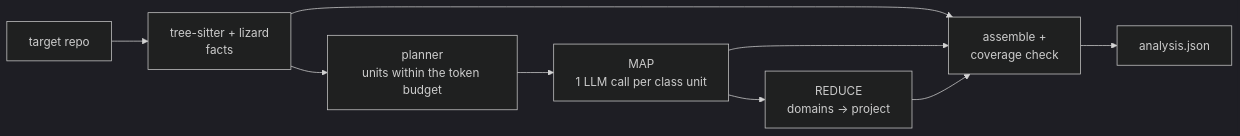
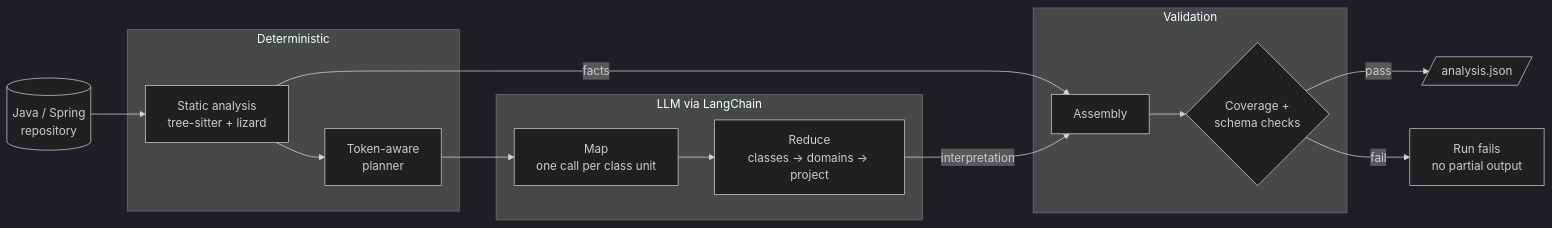
Before and after one commit to Madhav-29/Codebase-Analysis-using-LLM: the diagram in README.md, drawn with Mermaid (dark theme). The commit also changed other lines of this file, not shown here.

````diff
--- a/README.md
+++ b/README.md
@@ -53,9 +62,23 @@
 ```mermaid
 flowchart LR
-    R[target repo] --> P[tree-sitter + lizard<br/>facts]
-    P --> C[planner<br/>units within the token budget]
-    C --> MAP[MAP<br/>1 LLM call per class unit]
-    MAP --> RD[REDUCE<br/>domains -> project]
-    P & MAP & RD --> A[assemble +<br/>coverage check]
-    A --> J[analysis.json]
+    R[(Java / Spring<br/>repository)] --> SA
+
+    subgraph DET [Deterministic]
+        SA[Static analysis<br/>tree-sitter + lizard] --> PL[Token-aware<br/>planner]
+    end
+
+    subgraph LLM [LLM via LangChain]
+        MAP[Map<br/>one call per class unit] --> RED[Reduce<br/>classes → domains → project]
+    end
+
+    PL --> MAP
+    SA -- facts --> AS
+    RED -- interpretation --> AS
+
+    subgraph VAL [Validation]
+        AS[Assembly] --> CV{Coverage +<br/>schema checks}
+    end
+
+    CV -- pass --> OUT[/analysis.json/]
+    CV -- fail --> ERR[Run fails<br/>no partial output]
 ```
````
